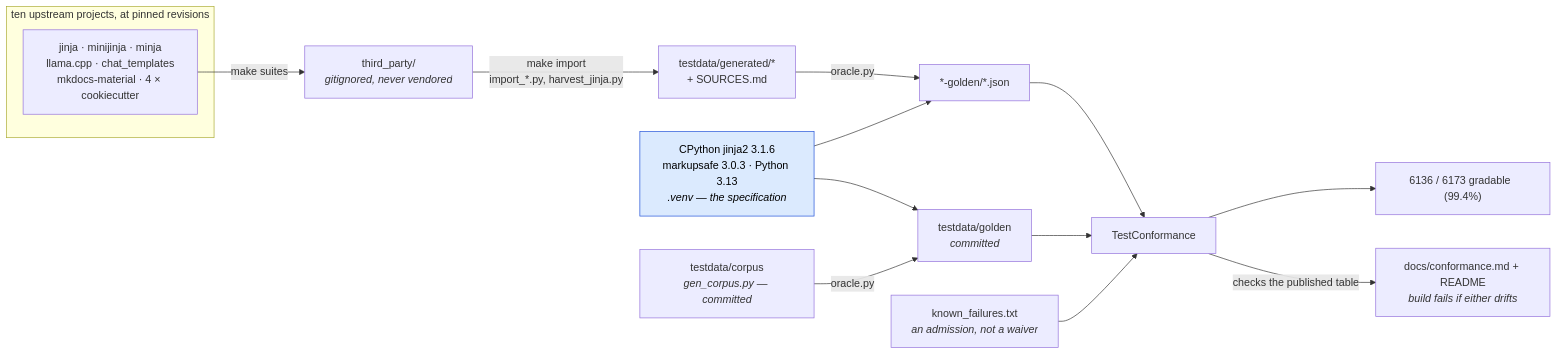
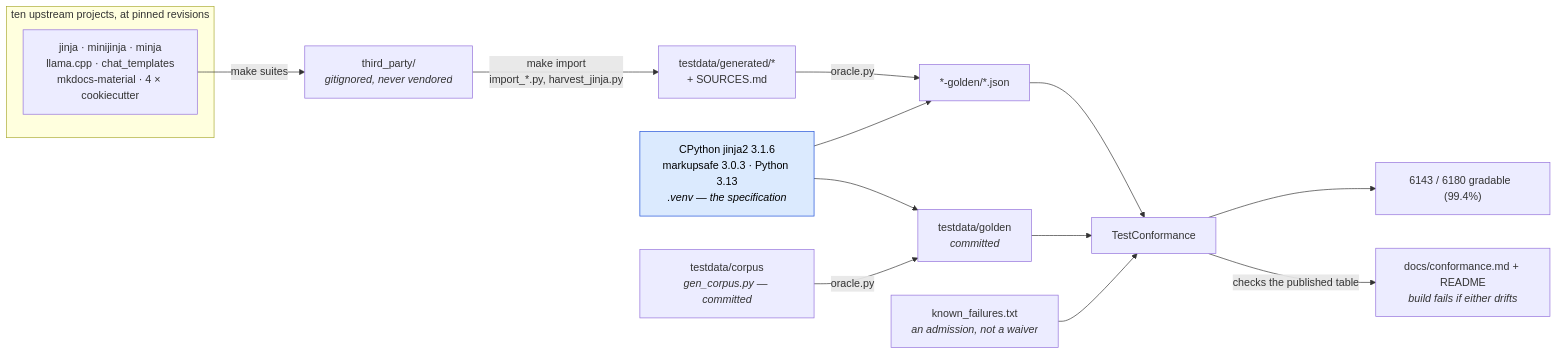
Before and after one commit to mgilbir/gojja2: the first of 2 diagrams in docs/conformance.md, drawn with Mermaid. The commit also changed other lines of this file and 29 other files, not shown here.

````diff
--- a/docs/conformance.md
+++ b/docs/conformance.md
@@ -17,24 +17,24 @@
 ```mermaid
 flowchart LR
     subgraph up["ten upstream projects, at pinned revisions"]
         U1["jinja · minijinja · minja<br/>llama.cpp · chat_templates<br/>mkdocs-material · 4 × cookiecutter"]
     end
     U1 -->|"make suites"| TP["third_party/<br/><i>gitignored, never vendored</i>"]
     TP -->|"make import<br/>import_*.py, harvest_jinja.py"| GEN["testdata/generated/*<br/>+ SOURCES.md"]
 
     ORA["CPython jinja2 3.1.6<br/>markupsafe 3.0.3 · Python 3.13<br/><i>.venv — the specification</i>"]
     GEN -->|"oracle.py"| G2["*-golden/*.json"]
     ORA --> G2
 
     OWN["testdata/corpus<br/><i>gen_corpus.py — committed</i>"] -->|"oracle.py"| G1["testdata/golden<br/><i>committed</i>"]
     ORA --> G1
 
     G1 --> TC["TestConformance"]
     G2 --> TC
     KF["known_failures.txt<br/><i>an admission, not a waiver</i>"] --> TC
-    TC --> RATE["6136 / 6173 gradable  (99.4%)"]
+    TC --> RATE["6143 / 6180 gradable  (99.4%)"]
     TC -->|"checks the published table"| RM["docs/conformance.md + README<br/><i>build fails if either drifts</i>"]
 
     classDef spec fill:#dbeafe,stroke:#1d4ed8,color:#000
     class ORA spec
 ```
````
